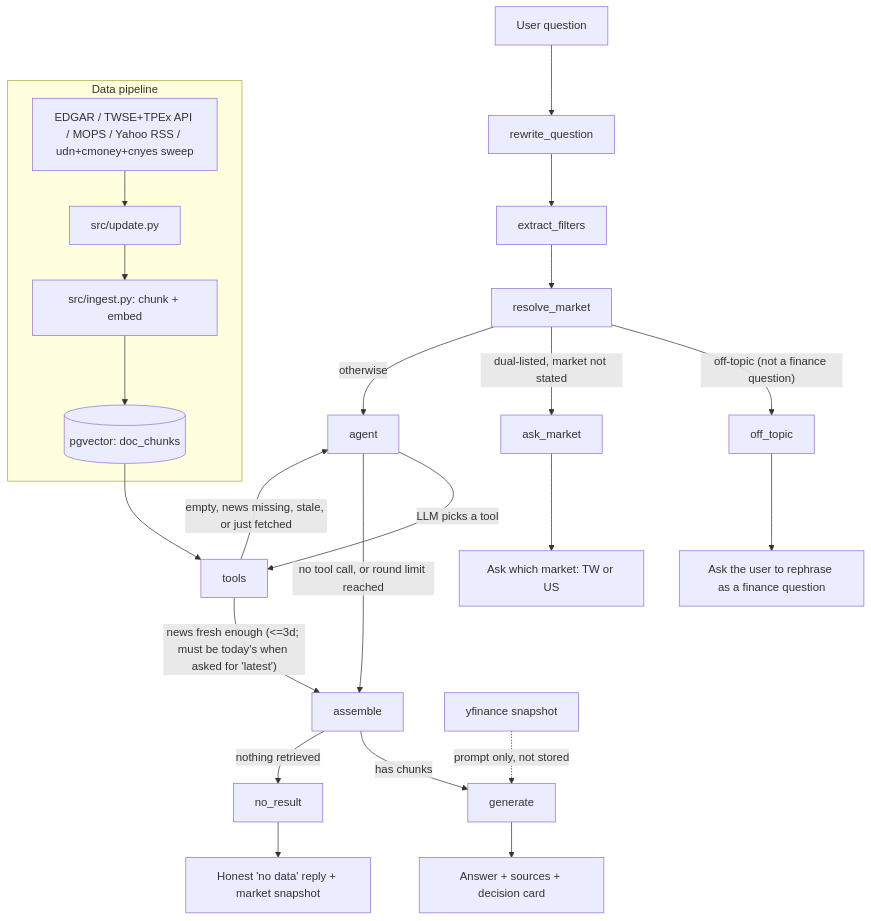
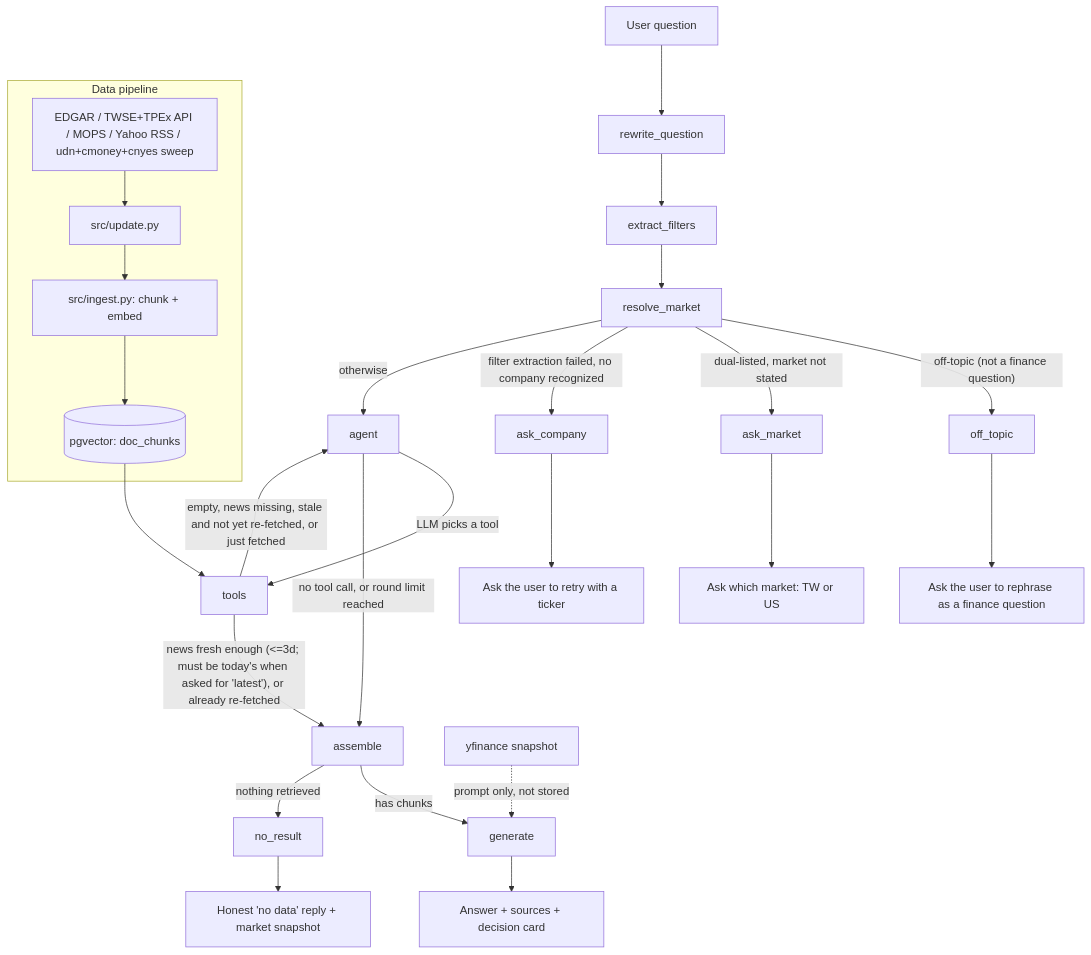
The fourth of 10 diagrams in docs/AI_Product_Case_Study.md (thelilywang/finance-ai-assistant), drawn with Mermaid before and after one commit. The commit also changed other lines of this file and 4 other files, not shown here.

First line of the commit message:
docs: fix README quick start, sync graph diagrams, record 11-02 tests (#14)

````diff
--- a/docs/AI_Product_Case_Study.md
+++ b/docs/AI_Product_Case_Study.md
@@ -788,27 +788,29 @@
 ```mermaid
 flowchart TD
     U[User question] --> RW[rewrite_question]
     RW --> EF[extract_filters]
     EF --> RM[resolve_market]
     RM -->|"off-topic (not a finance question)"| OT[off_topic]
     RM -->|"dual-listed, market not stated"| AM[ask_market]
+    RM -->|"filter extraction failed, no company recognized"| AC[ask_company]
     RM -->|otherwise| AG[agent]
     AG -->|LLM picks a tool| TL[tools]
     AG -->|no tool call, or round limit reached| AS[assemble]
-    TL -->|"news fresh enough (<=3d; must be today's when asked for 'latest')"| AS
-    TL -->|"empty, news missing, stale, or just fetched"| AG
+    TL -->|"news fresh enough (<=3d; must be today's when asked for 'latest'), or already re-fetched"| AS
+    TL -->|"empty, news missing, stale and not yet re-fetched, or just fetched"| AG
     AS -->|has chunks| GEN[generate]
     AS -->|nothing retrieved| NR[no_result]
     GEN --> A[Answer + sources + decision card]
     NR --> B["Honest 'no data' reply + market snapshot"]
     OT --> C[Ask the user to rephrase as a finance question]
     AM --> D[Ask which market: TW or US]
+    AC --> E[Ask the user to retry with a ticker]
 
     subgraph Data pipeline
         SRC[EDGAR / TWSE+TPEx API / MOPS / Yahoo RSS / udn+cmoney+cnyes sweep] --> UP[src/update.py]
         UP --> ING[src/ingest.py: chunk + embed]
         ING --> PG[(pgvector: doc_chunks)]
     end
     PG --> TL
     YF[yfinance snapshot] -.prompt only, not stored.-> GEN
 ```
````
